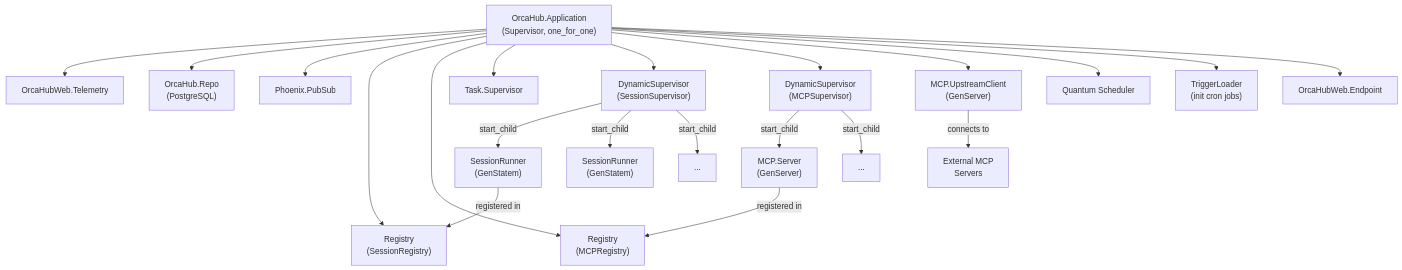
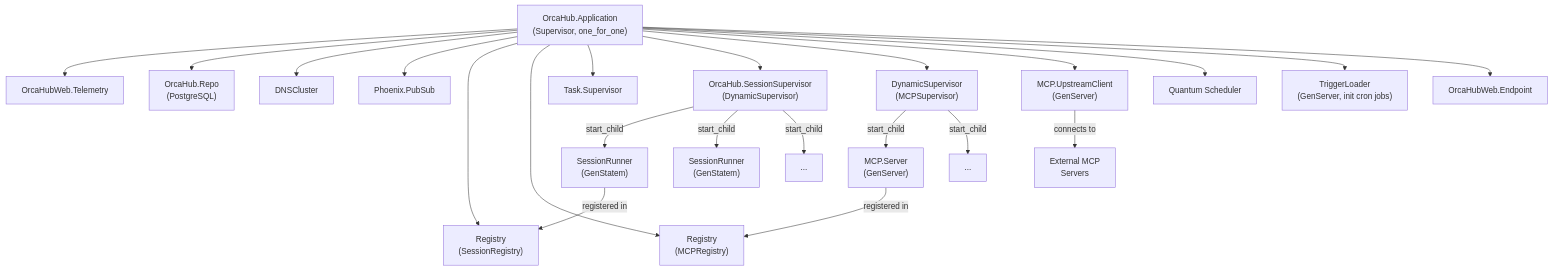
The diagram in .context/supervision-tree.md (zingbretsen/orca_hub), drawn with Mermaid before and after one commit. The commit also changed 5 other files, not shown here.

First line of the commit message:
Fix inaccuracies in .context/ mermaid diagrams

````diff
--- a/.context/supervision-tree.md
+++ b/.context/supervision-tree.md
@@ -3,29 +3,30 @@
 ```mermaid
 graph TB
     App["OrcaHub.Application\n(Supervisor, one_for_one)"]
 
     App --> Telemetry["OrcaHubWeb.Telemetry"]
     App --> Repo["OrcaHub.Repo\n(PostgreSQL)"]
+    App --> DNS["DNSCluster"]
     App --> PubSub["Phoenix.PubSub"]
     App --> SessionRegistry["Registry\n(SessionRegistry)"]
     App --> MCPRegistry["Registry\n(MCPRegistry)"]
     App --> TaskSupervisor["Task.Supervisor"]
-    App --> SessionSupervisor["DynamicSupervisor\n(SessionSupervisor)"]
+    App --> SessionSupervisor["OrcaHub.SessionSupervisor\n(DynamicSupervisor)"]
     App --> MCPSupervisor["DynamicSupervisor\n(MCPSupervisor)"]
     App --> UpstreamClient["MCP.UpstreamClient\n(GenServer)"]
     App --> Scheduler["Quantum Scheduler"]
-    App --> TriggerLoader["TriggerLoader\n(init cron jobs)"]
+    App --> TriggerLoader["TriggerLoader\n(GenServer, init cron jobs)"]
     App --> Endpoint["OrcaHubWeb.Endpoint"]
 
     SessionSupervisor -->|start_child| SR1["SessionRunner\n(GenStatem)"]
     SessionSupervisor -->|start_child| SR2["SessionRunner\n(GenStatem)"]
     SessionSupervisor -->|start_child| SRN["..."]
 
     MCPSupervisor -->|start_child| MS1["MCP.Server\n(GenServer)"]
     MCPSupervisor -->|start_child| MSN["..."]
 
     SR1 -->|registered in| SessionRegistry
     MS1 -->|registered in| MCPRegistry
 
     UpstreamClient -->|connects to| ExtMCP["External MCP\nServers"]
 ```
````
